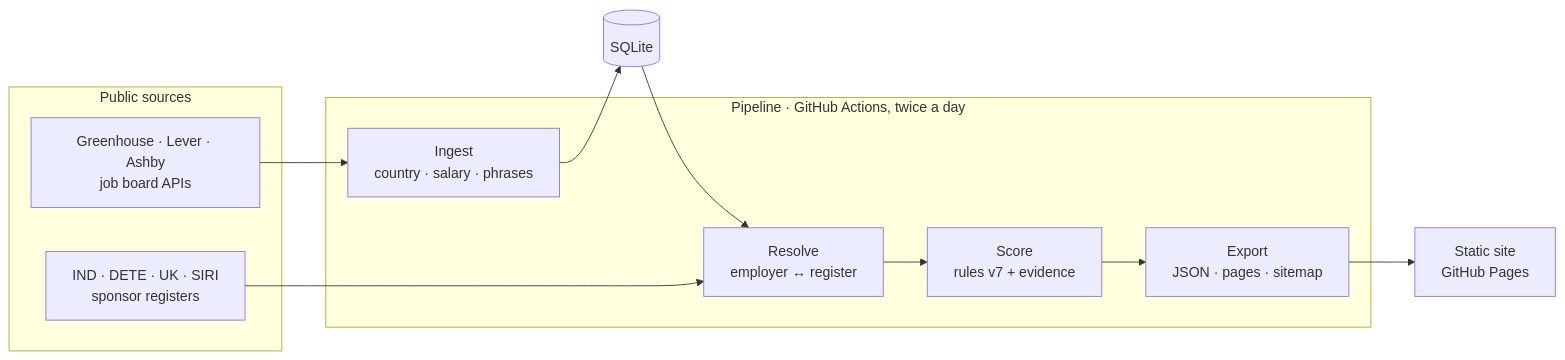
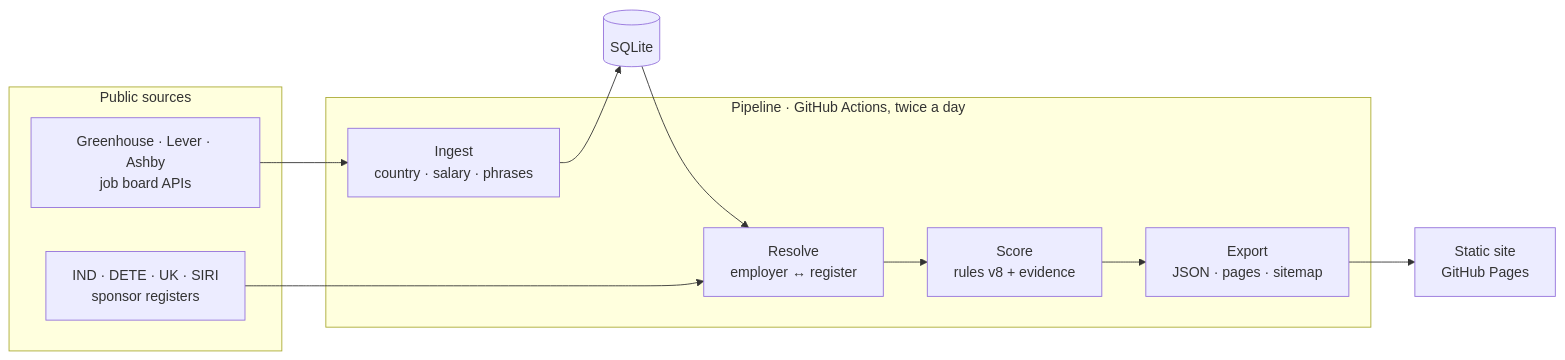
The diagram in README.md (ilker-ekin/hadijob), drawn with Mermaid before and after one commit. The commit also changed other lines of this file, not shown here.

Commit message:
docs: rules v8, salary thresholds in 12 countries, live numbers from 2026-11-19

````diff
--- a/README.md
+++ b/README.md
@@ -65,17 +65,17 @@
 ```mermaid
 flowchart LR
   subgraph Sources["Public sources"]
     ATS[Greenhouse · Lever · Ashby<br/>job board APIs]
     REG[IND · DETE · UK · SIRI<br/>sponsor registers]
   end
   subgraph Pipeline["Pipeline · GitHub Actions, twice a day"]
     I[Ingest<br/>country · salary · phrases]
     R[Resolve<br/>employer ↔ register]
-    S[Score<br/>rules v7 + evidence]
+    S[Score<br/>rules v8 + evidence]
     E[Export<br/>JSON · pages · sitemap]
   end
   DB[(SQLite)]
   Web[Static site<br/>GitHub Pages]
   ATS --> I --> DB --> R --> S --> E --> Web
   REG --> R
 ```
````
